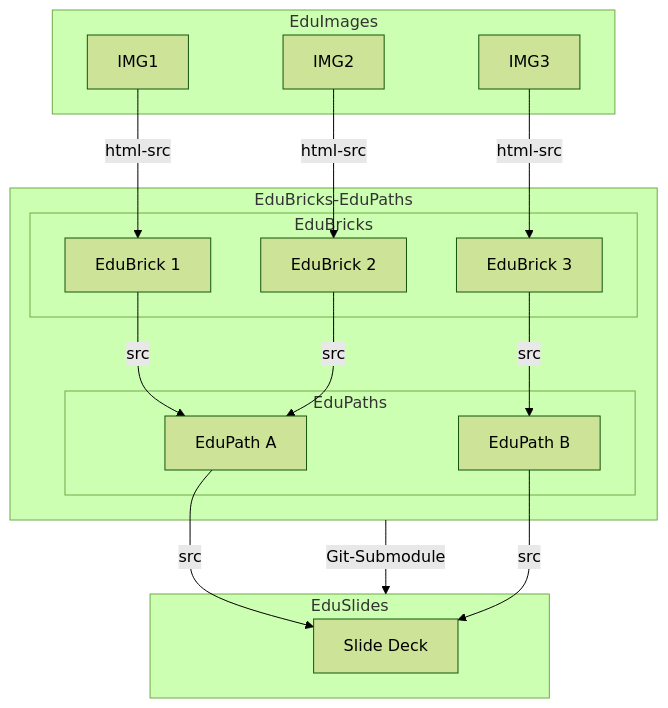
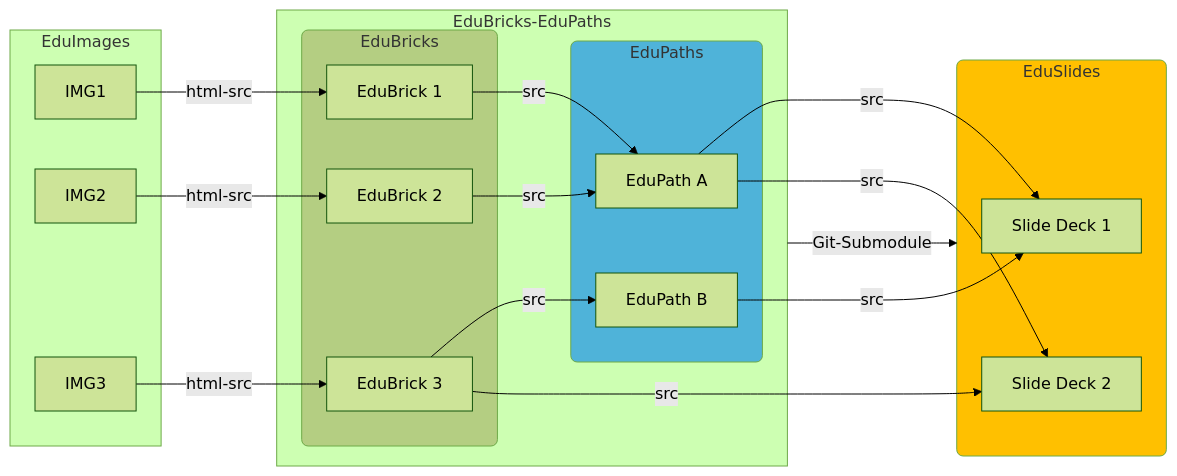
One commit to EduBricksHub/EduSlides changed the diagram in README.md. Above: the diagram before and after it, drawn with Mermaid (forest theme).

Commit message:
add color..

````diff
--- a/README.md
+++ b/README.md
@@ -19,40 +19,52 @@
 ```mermaid
-graph TD
+graph LR
 
   subgraph IMG[EduImages]
     IMG1
     IMG2
     IMG3
   end
 
   subgraph EBEP[EduBricks-EduPaths]
-    subgraph EduBricks    
+    
+subgraph EduBricks
       EB1[EduBrick 1]
       EB2[EduBrick 2]
       EB3[EduBrick 3]
     end
     
     subgraph EduPaths
       EP1[EduPath A]
       EP2[EduPath B]
     end
 
   end
 
   subgraph EduSlides
-    SD[Slide Deck]
+    SD1[Slide Deck 1]
+    SD2[Slide Deck 2]
   end
 
   IMG1 --html-src--> EB1
   IMG2 --html-src--> EB2
   IMG3 --html-src--> EB3
   
   EBEP --Git-Submodule--> EduSlides
 
   EB1 --src--> EP1
   EB2 --src--> EP1
   EB3 --src--> EP2
-  EP1 --src--> SD
-  EP2 --src--> SD
+  EP1 --src--> SD1
+  EP2 --src--> SD1
+  EB3 --src--> SD2  
+  EP1 --src--> SD2
+
+classDef brickStyle fill:#B4CE82,rx:.4em,ry:.4em;
+classDef pathStyle fill:#4FB3D9,rx:.4em,ry:.4em;
+classDef slideStyle fill:#FFC000,rx:.4em,ry:.4em;
+
+class EduBricks brickStyle;
+class EduPaths pathStyle;
+class EduSlides slideStyle;
 
 ```
````
